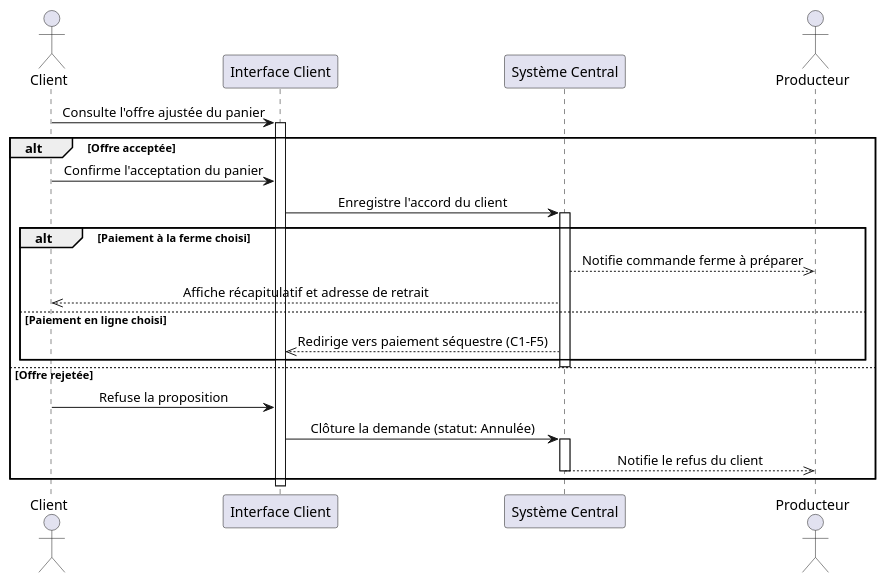
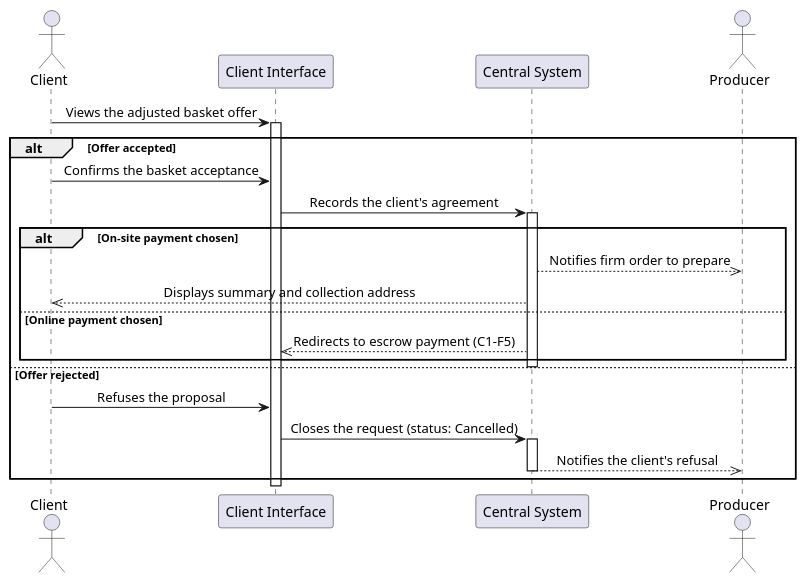
Before and after one commit to Uhrbaan/reis-panier-fermier: the fourth of 6 diagrams in REQUIREMENTS.md, drawn with PlantUML. The commit also changed other lines of this file and 14 other files, not shown here.

````diff
--- a/REQUIREMENTS.md
+++ b/REQUIREMENTS.md
@@ -392,37 +392,37 @@
 ```plantuml
 @startuml assets/diagrams/c1-f4
 skinparam shadowing false
 skinparam sequenceMessageAlign center
 
 actor Client
-participant "Interface Client" as App
-participant "Système Central" as Sys
-actor Producteur
+participant "Client Interface" as App
+participant "Central System" as Sys
+actor Producer
 
-Client -> App : Consulte l'offre ajustée du panier
+Client -> App : Views the adjusted basket offer
 activate App
 
-alt Offre acceptée
-    Client -> App : Confirme l'acceptation du panier
-    App -> Sys : Enregistre l'accord du client
+alt Offer accepted
+    Client -> App : Confirms the basket acceptance
+    App -> Sys : Records the client's agreement
     activate Sys
     
-    alt Paiement à la ferme choisi
-        Sys -->> Producteur : Notifie commande ferme à préparer
-        Sys -->> Client : Affiche récapitulatif et adresse de retrait
-    else Paiement en ligne choisi
-        Sys -->> App : Redirige vers paiement séquestre (C1-F5)
+    alt On-site payment chosen
+        Sys -->> Producer : Notifies firm order to prepare
+        Sys -->> Client : Displays summary and collection address
+    else Online payment chosen
+        Sys -->> App : Redirects to escrow payment (C1-F5)
     end
     deactivate Sys
 
-else Offre rejetée
-    Client -> App : Refuse la proposition
-    App -> Sys : Clôture la demande (statut: Annulée)
+else Offer rejected
+    Client -> App : Refuses the proposal
+    App -> Sys : Closes the request (status: Cancelled)
     activate Sys
-    Sys -->> Producteur : Notifie le refus du client
+    Sys -->> Producer : Notifies the client's refusal
     deactivate Sys
 end
 
 deactivate App
 @enduml
 ```
````
